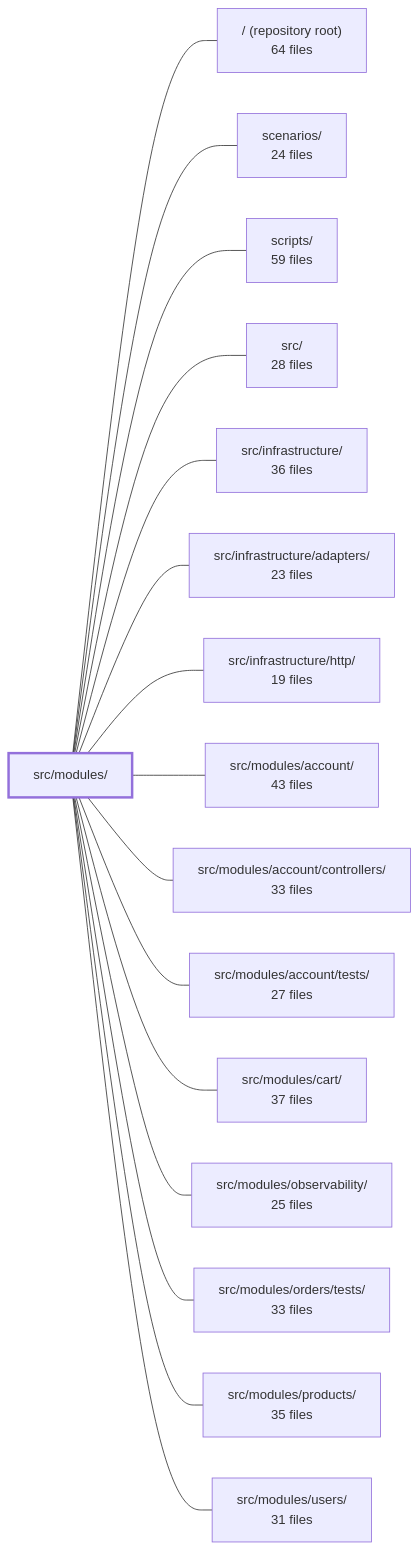
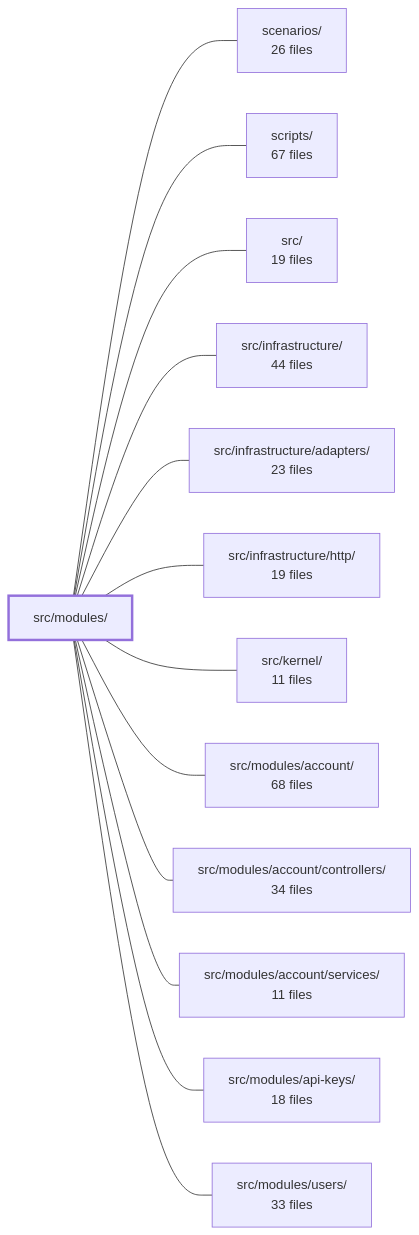
Before and after one commit to Guebbit/boilerplate-node-backend: the diagram in .2brain/modules/boilerplate-node-backend_src_modules.md, drawn with Mermaid. The commit also changed other lines of this file and 137 other files, not shown here.

````diff
--- a/.2brain/modules/boilerplate-node-backend_src_modules.md
+++ b/.2brain/modules/boilerplate-node-backend_src_modules.md
@@ -42,35 +50,29 @@
 ```mermaid
 flowchart LR
     m_src_modules["src/modules/"]
-    m_root["/ (repository root)<br/>64 files"]
-    m_scenarios["scenarios/<br/>24 files"]
-    m_scripts["scripts/<br/>59 files"]
-    m_src["src/<br/>28 files"]
-    m_src_infrastructure["src/infrastructure/<br/>36 files"]
+    m_scenarios["scenarios/<br/>26 files"]
+    m_scripts["scripts/<br/>67 files"]
+    m_src["src/<br/>19 files"]
+    m_src_infrastructure["src/infrastructure/<br/>44 files"]
     m_src_infrastructure_adapters["src/infrastructure/adapters/<br/>23 files"]
     m_src_infrastructure_http["src/infrastructure/http/<br/>19 files"]
-    m_src_modules_account["src/modules/account/<br/>43 files"]
-    m_src_modules_account_controllers["src/modules/account/controllers/<br/>33 files"]
-    m_src_modules_account_tests["src/modules/account/tests/<br/>27 files"]
-    m_src_modules_cart["src/modules/cart/<br/>37 files"]
-    m_src_modules_observability["src/modules/observability/<br/>25 files"]
-    m_src_modules_orders_tests["src/modules/orders/tests/<br/>33 files"]
-    m_src_modules_products["src/modules/products/<br/>35 files"]
-    m_src_modules_users["src/modules/users/<br/>31 files"]
-    m_src_modules --- m_root
+    m_src_kernel["src/kernel/<br/>11 files"]
+    m_src_modules_account["src/modules/account/<br/>68 files"]
+    m_src_modules_account_controllers["src/modules/account/controllers/<br/>34 files"]
+    m_src_modules_account_services["src/modules/account/services/<br/>11 files"]
+    m_src_modules_api_keys["src/modules/api-keys/<br/>18 files"]
+    m_src_modules_users["src/modules/users/<br/>33 files"]
     m_src_modules --- m_scenarios
     m_src_modules --- m_scripts
     m_src_modules --- m_src
     m_src_modules --- m_src_infrastructure
     m_src_modules --- m_src_infrastructure_adapters
     m_src_modules --- m_src_infrastructure_http
+    m_src_modules --- m_src_kernel
     m_src_modules --- m_src_modules_account
     m_src_modules --- m_src_modules_account_controllers
-    m_src_modules --- m_src_modules_account_tests
-    m_src_modules --- m_src_modules_cart
-    m_src_modules --- m_src_modules_observability
-    m_src_modules --- m_src_modules_orders_tests
-    m_src_modules --- m_src_modules_products
+    m_src_modules --- m_src_modules_account_services
+    m_src_modules --- m_src_modules_api_keys
     m_src_modules --- m_src_modules_users
     style m_src_modules stroke-width:3px
 ```
````
